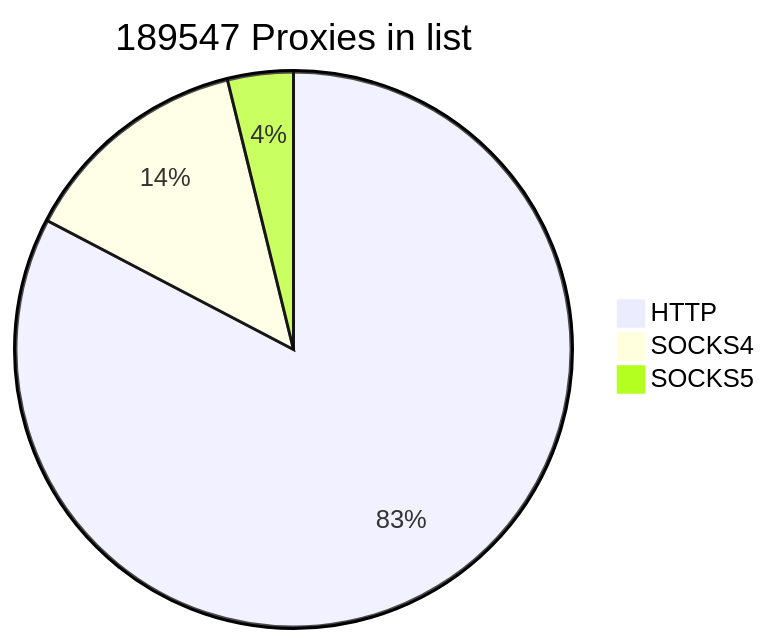
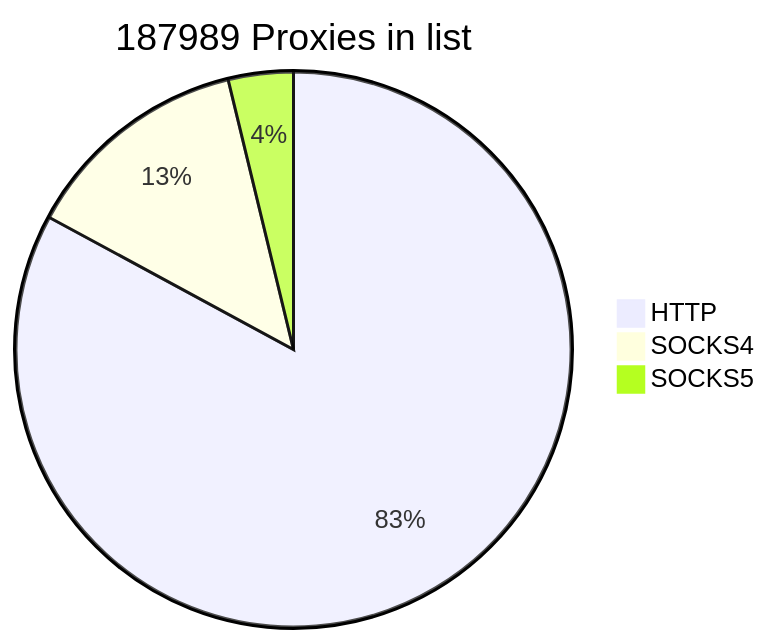
One commit to cutipu/proxylist changed the first of 2 diagrams in README.md. Above: the diagram before and after it, drawn with Mermaid. The commit also changed other lines of this file, not shown here.

````diff
--- a/README.md
+++ b/README.md
@@ -2,7 +2,7 @@
 ```mermaid
-pie title 189547 Proxies in list
-    "HTTP" : 156710
-    "SOCKS4" : 25590
-    "SOCKS5" : 7247
+pie title 187989 Proxies in list
+    "HTTP" : 155829
+    "SOCKS4" : 25053
+    "SOCKS5" : 7107
             
 ```
````
